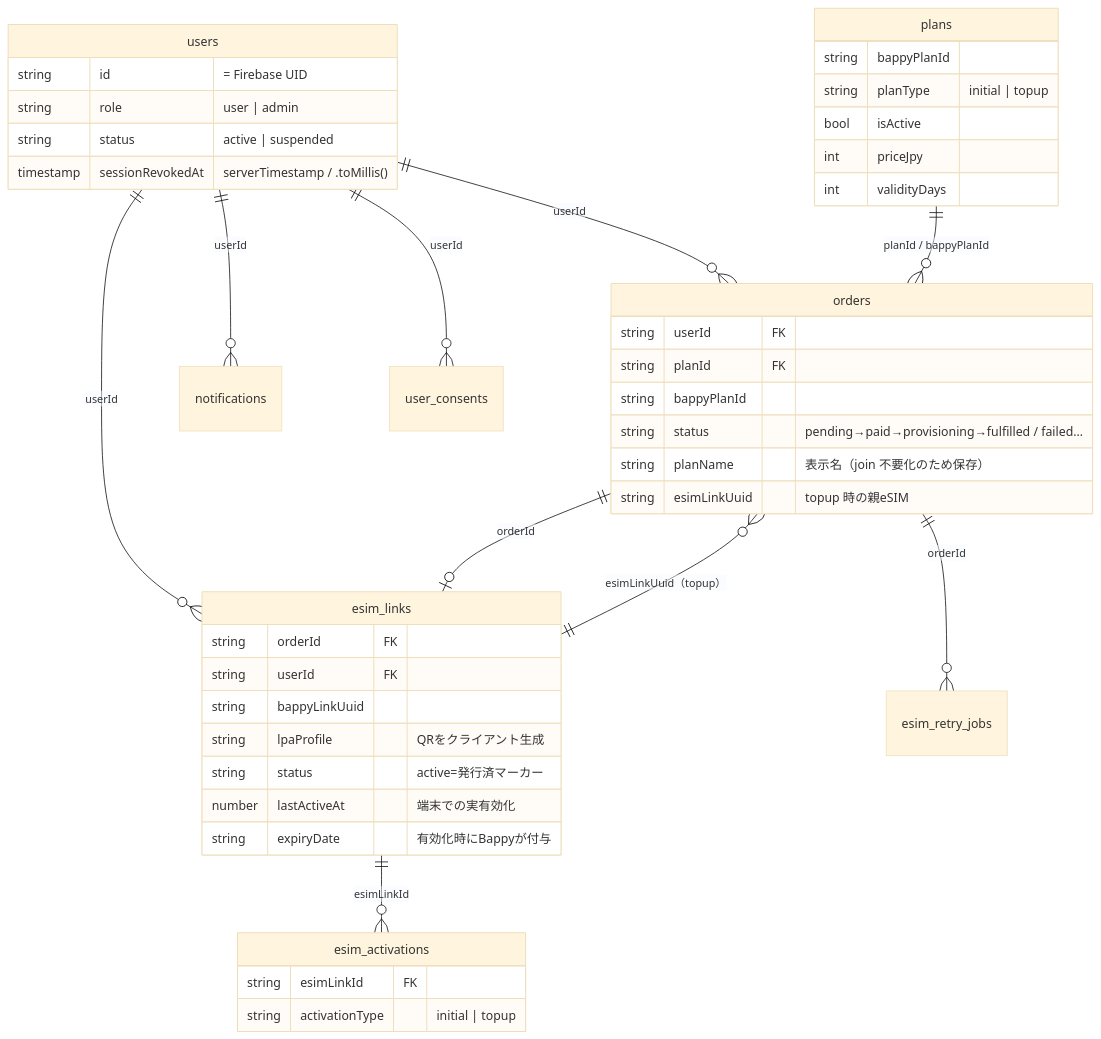
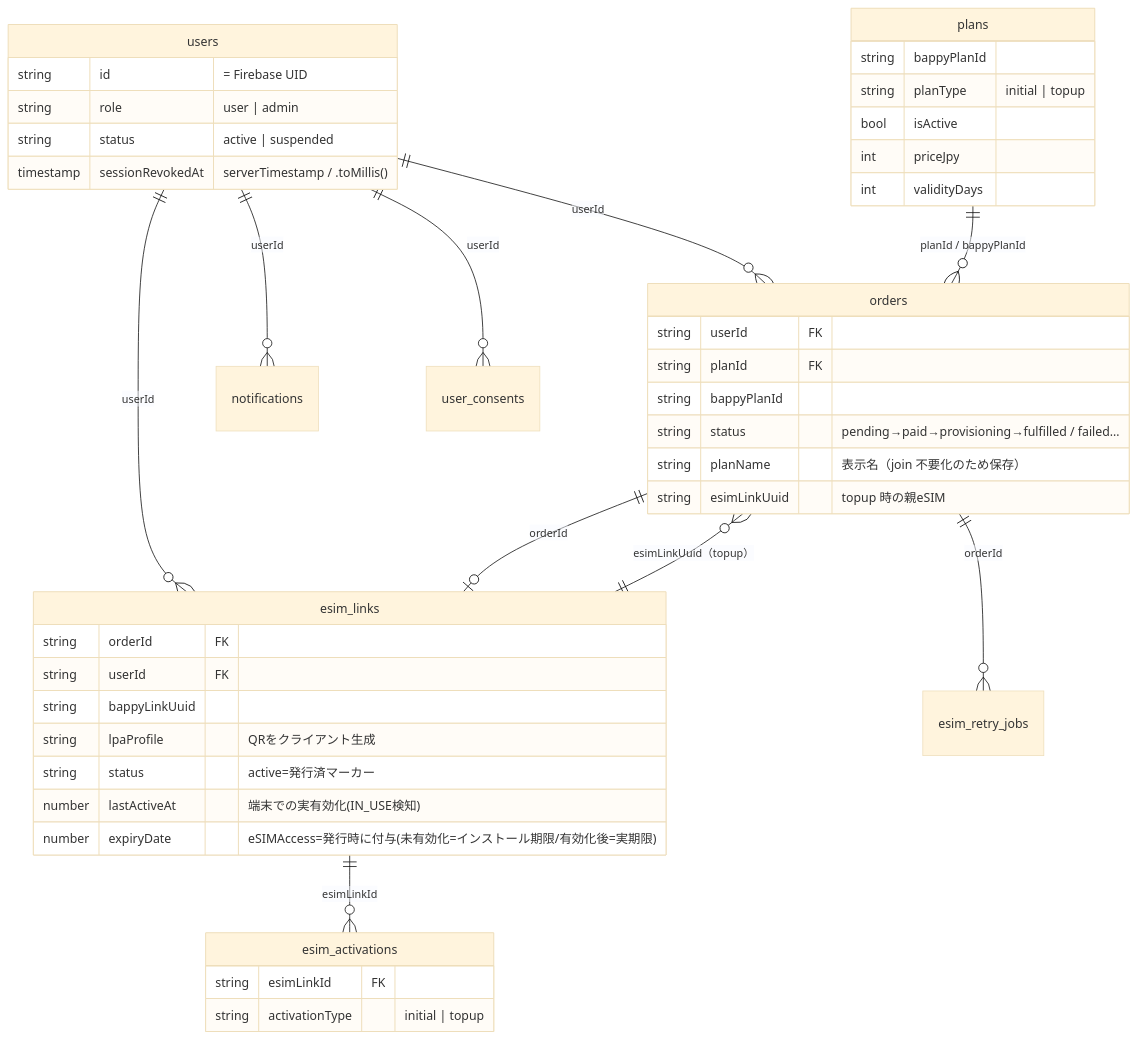
The diagram in docs/firestore_schema.md (kazuyoshi228/yah-mobile-v0.9), drawn with Mermaid (base theme) before and after one commit. The commit also changed other lines of this file and 1 other file, not shown here.

First line of the commit message:
docs: expiryDateの旧記述を訂正（未有効化=nullは誤り→eSIMAccessは発行時付与=インストール期限）

````diff
--- a/docs/firestore_schema.md
+++ b/docs/firestore_schema.md
@@ -40,47 +40,47 @@
 ```mermaid
 erDiagram
     users ||--o{ orders : "userId"
     users ||--o{ esim_links : "userId"
     users ||--o{ notifications : "userId"
     users ||--o{ user_consents : "userId"
     plans ||--o{ orders : "planId / bappyPlanId"
     orders ||--o| esim_links : "orderId"
     orders ||--o{ esim_retry_jobs : "orderId"
     esim_links ||--o{ esim_activations : "esimLinkId"
     esim_links ||--o{ orders : "esimLinkUuid（topup）"
 
     users {
         string id "= Firebase UID"
         string role "user | admin"
         string status "active | suspended"
         timestamp sessionRevokedAt "serverTimestamp / .toMillis()"
     }
     plans {
         string bappyPlanId
         string planType "initial | topup"
         bool   isActive
         int    priceJpy
         int    validityDays
     }
     orders {
         string userId FK
         string planId FK
         string bappyPlanId
         string status "pending→paid→provisioning→fulfilled / failed…"
         string planName "表示名（join 不要化のため保存）"
         string esimLinkUuid "topup 時の親eSIM"
     }
     esim_links {
         string orderId FK
         string userId FK
         string bappyLinkUuid
         string lpaProfile "QRをクライアント生成"
         string status "active=発行済マーカー"
-        number lastActiveAt "端末での実有効化"
-        string expiryDate "有効化時にBappyが付与"
+        number lastActiveAt "端末での実有効化(IN_USE検知)"
+        number expiryDate "eSIMAccess=発行時に付与(未有効化=インストール期限/有効化後=実期限)"
     }
     esim_activations {
         string esimLinkId FK
         string activationType "initial | topup"
     }
 ```
````
